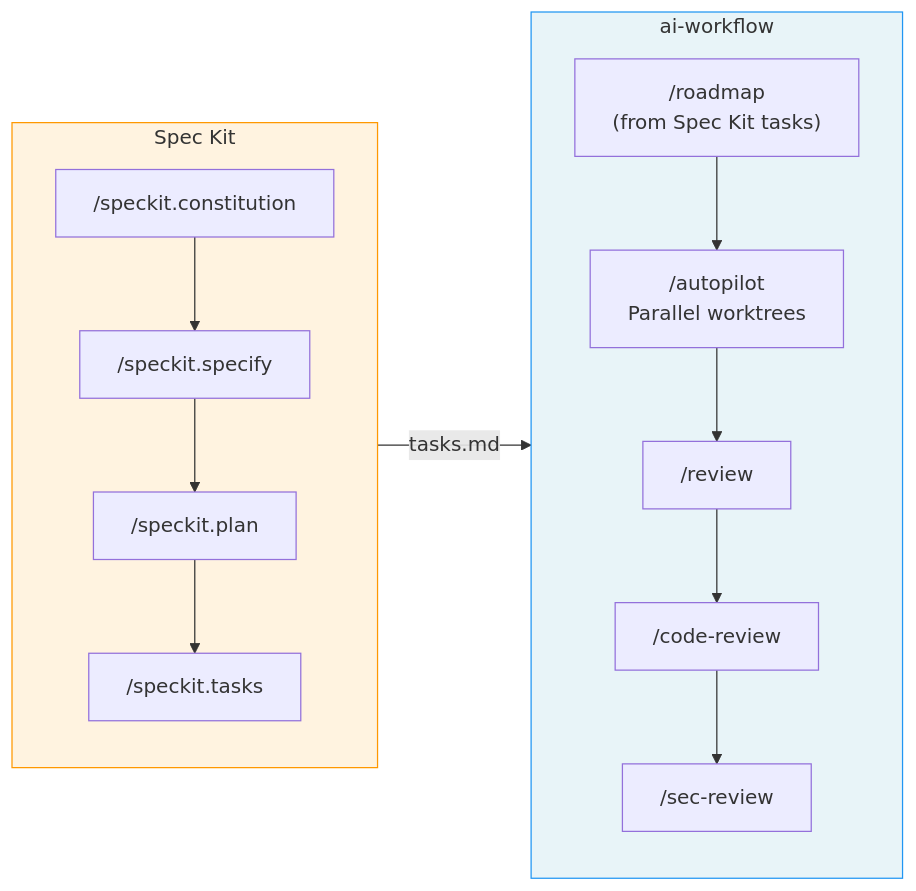
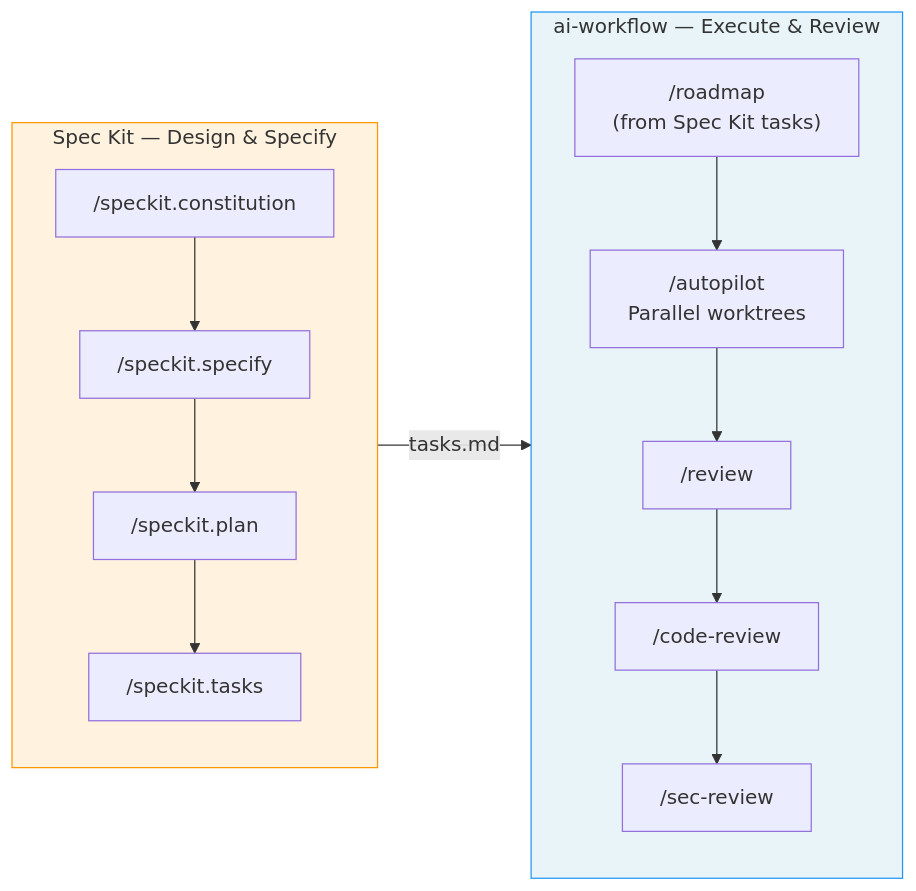
One commit to 0xrafasec/ai-workflow changed the third of 5 diagrams in docs/speckit-integration.md. Above: the diagram before and after it, drawn with Mermaid. The commit also changed other lines of this file and 3 other files, not shown here.

First line of the commit message:
fix: correct SDLC flow — roadmap generates from design docs, specs detail each task

````diff
--- a/docs/speckit-integration.md
+++ b/docs/speckit-integration.md
@@ -146,22 +143,22 @@
 ```mermaid
 flowchart LR
-    subgraph SK ["Spec Kit"]
+    subgraph SK ["Spec Kit — Design & Specify"]
         direction TB
         A1["/speckit.constitution"] --> A2["/speckit.specify"]
         A2 --> A3["/speckit.plan"]
         A3 --> A4["/speckit.tasks"]
     end
 
-    subgraph AW ["ai-workflow"]
+    subgraph AW ["ai-workflow — Execute & Review"]
         direction TB
         B1["/roadmap<br/>(from Spec Kit tasks)"] --> B2["/autopilot<br/>Parallel worktrees"]
         B2 --> B3["/review"]
         B3 --> B4["/code-review"]
         B4 --> B5["/sec-review"]
     end
 
     SK -->|"tasks.md"| AW
 
     style SK fill:#fff3e0,stroke:#FF9800
     style AW fill:#e8f4f8,stroke:#2196F3
 ```
````
